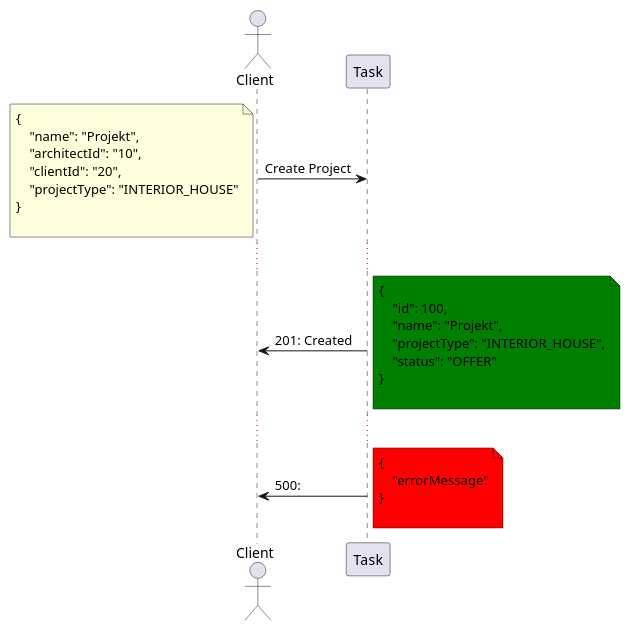
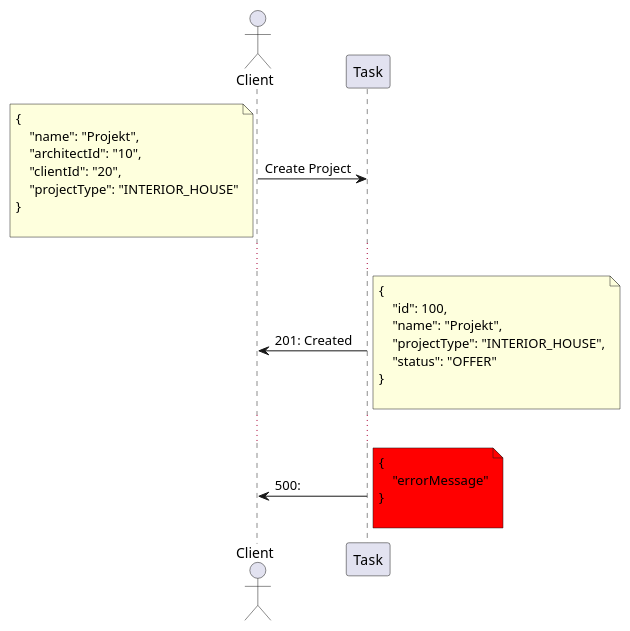
Before and after one commit to ArturJarosz/Task: the diagram in documentation/REST API uml/Project.puml, drawn with PlantUML.

Commit message:
TA-170 small gix to color

```diff
--- a/documentation/REST API uml/Project.puml
+++ b/documentation/REST API uml/Project.puml
@@ -1,37 +1,37 @@
 @startuml
 'https://plantuml.com/sequence-diagram
 
 actor Client
 
 Client -> Task: Create Project
 note left
 {
     "name": "Projekt",
     "architectId": "10",
     "clientId": "20",
     "projectType": "INTERIOR_HOUSE"
 }
 
 end note
 ...
 Client <- Task: 201: Created
-note right #green
+note right
 {
     "id": 100,
     "name": "Projekt",
     "projectType": "INTERIOR_HOUSE",
     "status": "OFFER"
 }
 
 end note
 ...
 Client <- Task: 500:
 note right #red
 {
     "errorMessage"
 }
 
 end note
 
 
 @enduml
```
